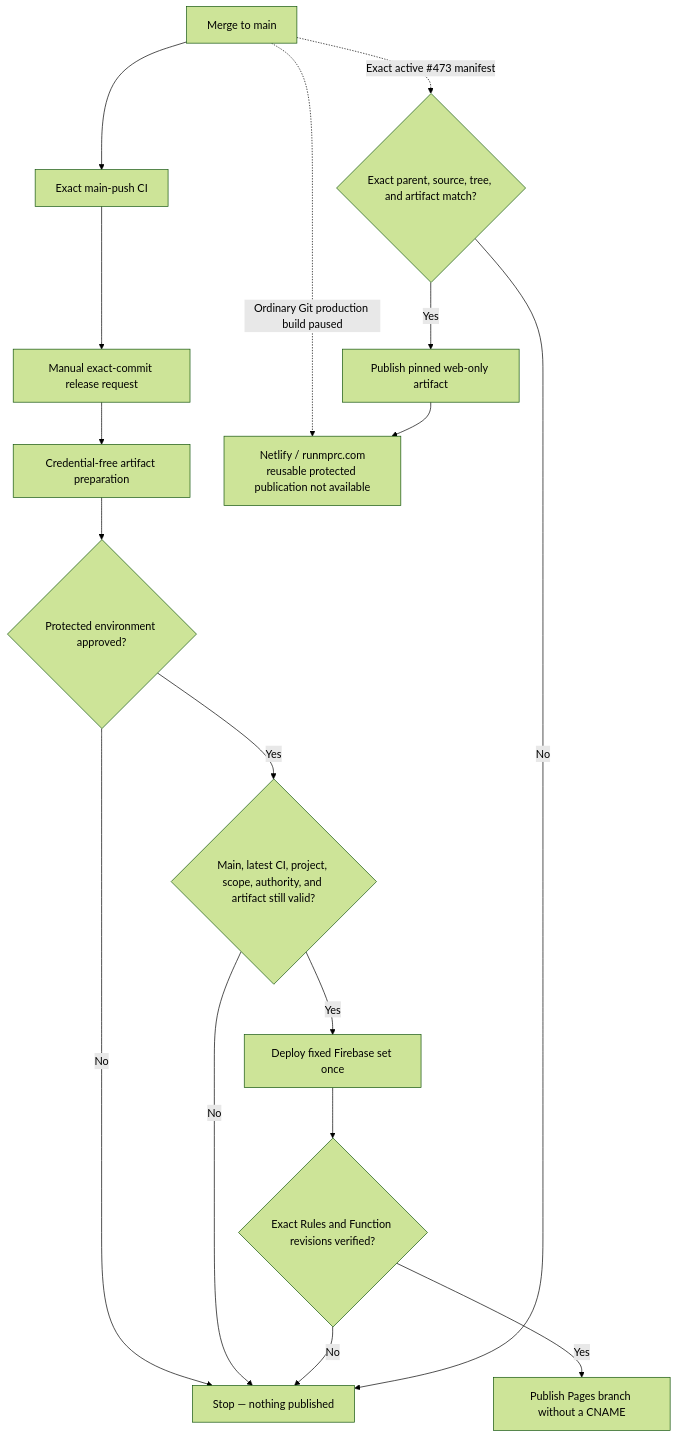
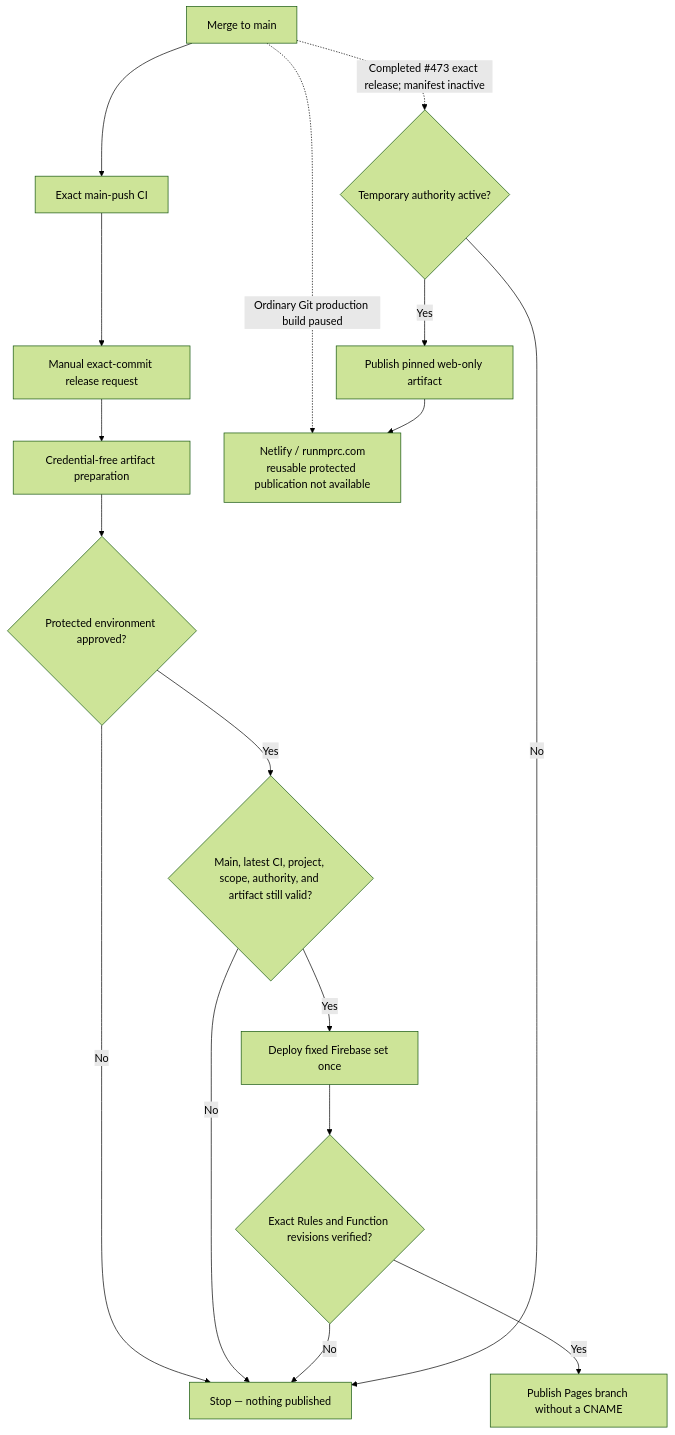
Before and after one commit to Run-MPRC/Run-MPRC.github.io: the second of 50 diagrams in SYSTEM_DESIGN.md, drawn with Mermaid (forest theme). The commit also changed other lines of this file, not shown here.

Commit message:
docs(release): mark system map exception inactive

````diff
--- a/SYSTEM_DESIGN.md
+++ b/SYSTEM_DESIGN.md
@@ -96,19 +96,19 @@
 ```mermaid
 flowchart TD
     Merge["Merge to main"] --> CI["Exact main-push CI"]
     CI --> Request["Manual exact-commit release request"]
     Request --> Prepare["Credential-free artifact preparation"]
     Prepare --> Approval{"Protected environment approved?"}
     Approval -- "No" --> Stop["Stop — nothing published"]
     Approval -- "Yes" --> Recheck{"Main, latest CI, project, scope, authority, and artifact still valid?"}
     Recheck -- "No" --> Stop
     Recheck -- "Yes" --> Backend["Deploy fixed Firebase set once"]
     Backend --> Verify{"Exact Rules and Function revisions verified?"}
     Verify -- "No" --> Stop
     Verify -- "Yes" --> Pages["Publish Pages branch without a CNAME"]
     Merge -. "Ordinary Git production build paused" .-> Netlify["Netlify / runmprc.com\nreusable protected publication not available"]
-    Merge -. "Exact active #473 manifest" .-> WebGate{"Exact parent, source, tree, and artifact match?"}
+    Merge -. "Completed #473 exact release; manifest inactive" .-> WebGate{"Temporary authority active?"}
     WebGate -- "No" --> Stop
     WebGate -- "Yes" --> WebOnly["Publish pinned web-only artifact"]
     WebOnly --> Netlify
 ```
````
